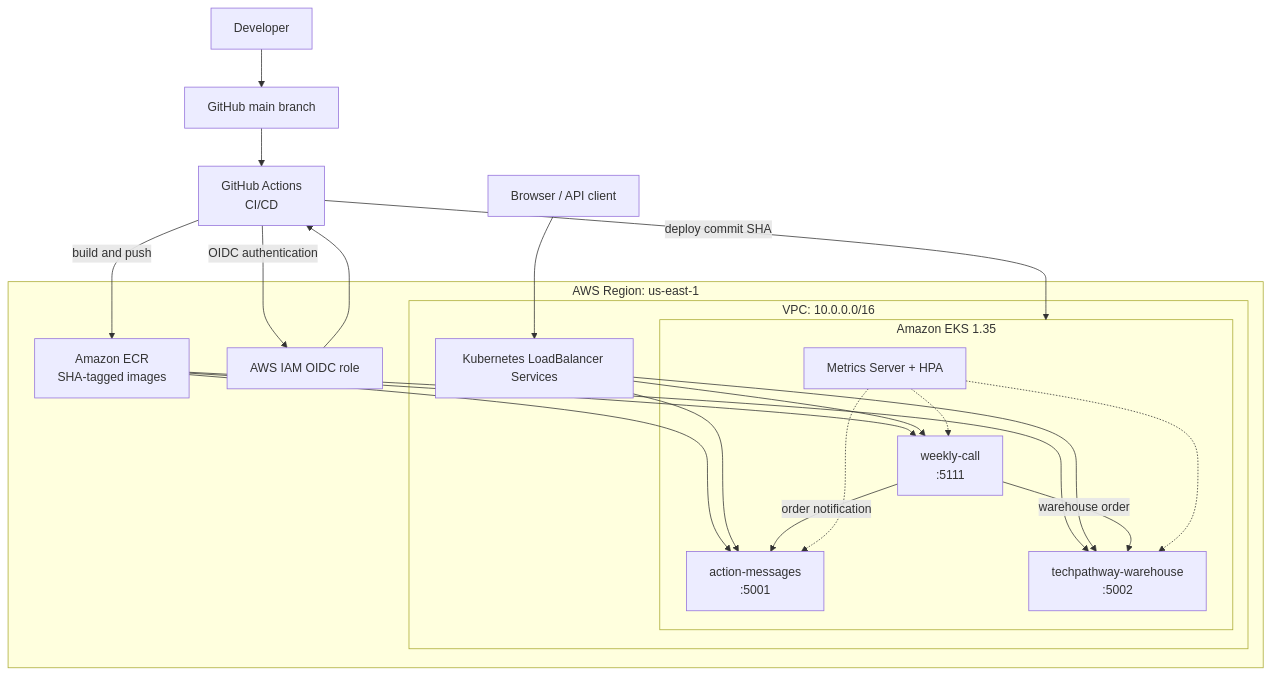
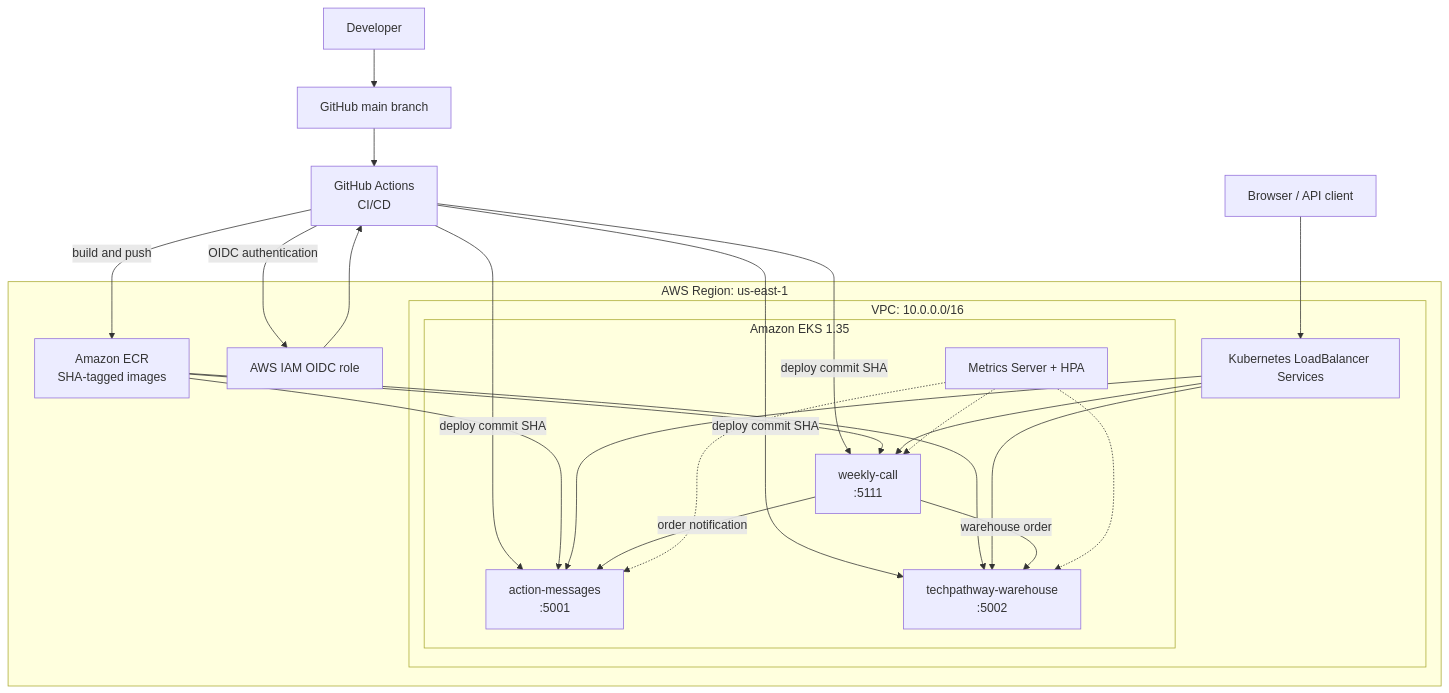
The diagram in README.md (davidikundji/Microservices-App-Deployment-with-Terraform-AWS-EKS), drawn with Mermaid before and after one commit.

Commit message:
Fix README architecture diagram [skip ci]

````diff
--- a/README.md
+++ b/README.md
@@ -37,42 +37,44 @@
 ```mermaid
 flowchart TB
     developer["Developer"]
     github["GitHub main branch"]
     actions["GitHub Actions<br/>CI/CD"]
     user["Browser / API client"]
 
     subgraph aws["AWS Region: us-east-1"]
         oidc["AWS IAM OIDC role"]
         ecr["Amazon ECR<br/>SHA-tagged images"]
 
         subgraph vpc["VPC: 10.0.0.0/16"]
             lb["Kubernetes LoadBalancer Services"]
 
             subgraph eks["Amazon EKS 1.35"]
                 main["weekly-call<br/>:5111"]
                 notify["action-messages<br/>:5001"]
                 warehouse["techpathway-warehouse<br/>:5002"]
                 metrics["Metrics Server + HPA"]
             end
         end
     end
 
     developer --> github
     github --> actions
     actions -->|"OIDC authentication"| oidc
     oidc --> actions
     actions -->|"build and push"| ecr
-    actions -->|"deploy commit SHA"| eks
+    actions -->|"deploy commit SHA"| main
+    actions -->|"deploy commit SHA"| notify
+    actions -->|"deploy commit SHA"| warehouse
     ecr --> main
     ecr --> notify
     ecr --> warehouse
     user --> lb
     lb --> main
     lb --> notify
     lb --> warehouse
     main -->|"order notification"| notify
     main -->|"warehouse order"| warehouse
     metrics -.-> main
     metrics -.-> notify
     metrics -.-> warehouse
 ```
````
